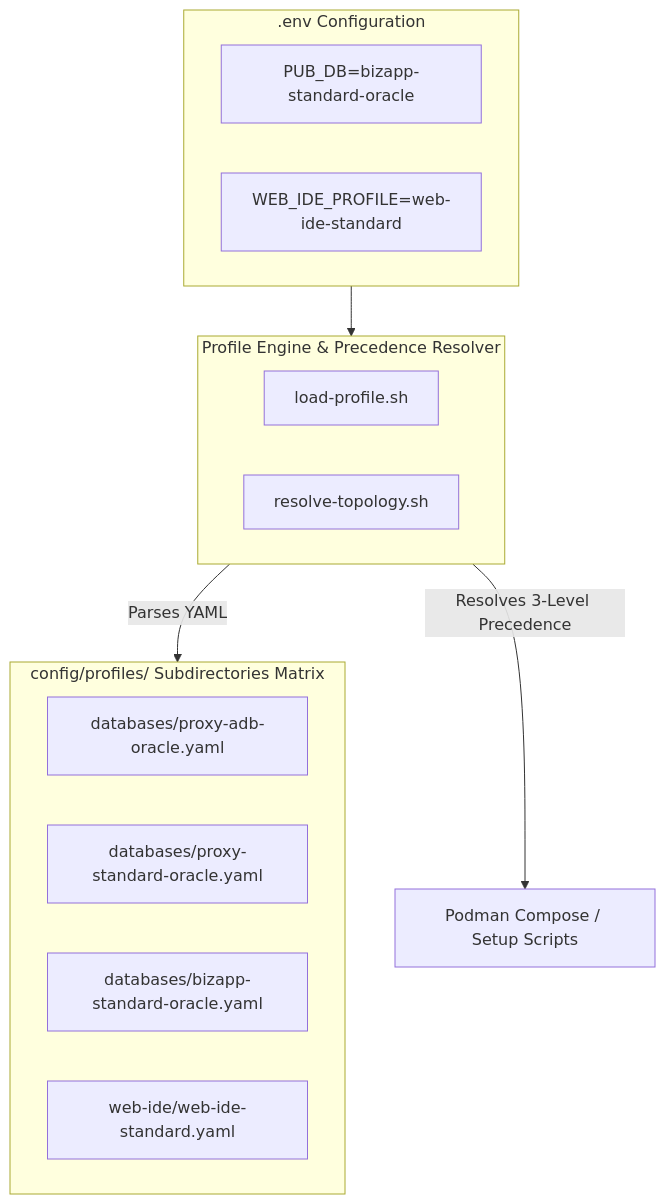
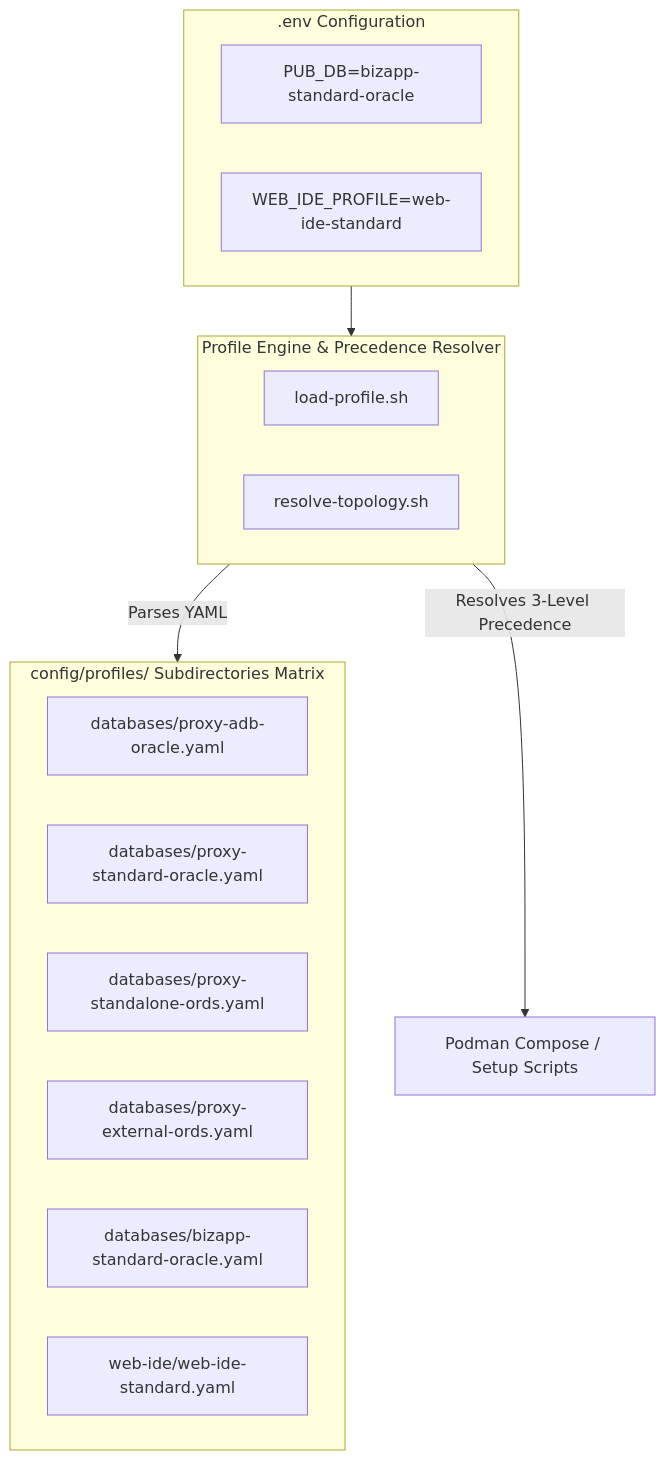
One commit to alahe/oracle-devops-platform changed the first of 3 diagrams in docs/db-profiles-and-topology.md. Above: the diagram before and after it, drawn with Mermaid. The commit also changed 10 other files, not shown here.

Commit message:
feat: Add profile-driven Standalone and External ORDS configuration with non-colliding ports 8085/8445

````diff
--- a/docs/db-profiles-and-topology.md
+++ b/docs/db-profiles-and-topology.md
@@ -11,23 +11,25 @@
 ```mermaid
 flowchart TD
     subgraph UserConfig [".env Configuration"]
         U1["PUB_DB=bizapp-standard-oracle"]
         U2["WEB_IDE_PROFILE=web-ide-standard"]
     end
 
     subgraph ProfileEngine ["Profile Engine & Precedence Resolver"]
         E1["load-profile.sh"]
         E2["resolve-topology.sh"]
     end
 
     subgraph YAMLProfiles ["config/profiles/ Subdirectories Matrix"]
         P1["databases/proxy-adb-oracle.yaml"]
         P2["databases/proxy-standard-oracle.yaml"]
-        P3["databases/bizapp-standard-oracle.yaml"]
-        P4["web-ide/web-ide-standard.yaml"]
+        P3["databases/proxy-standalone-ords.yaml"]
+        P4["databases/proxy-external-ords.yaml"]
+        P5["databases/bizapp-standard-oracle.yaml"]
+        P6["web-ide/web-ide-standard.yaml"]
     end
 
     UserConfig --> ProfileEngine
     ProfileEngine -->|Parses YAML| YAMLProfiles
     ProfileEngine -->|Resolves 3-Level Precedence| Deployment[Podman Compose / Setup Scripts]
 ```
````
